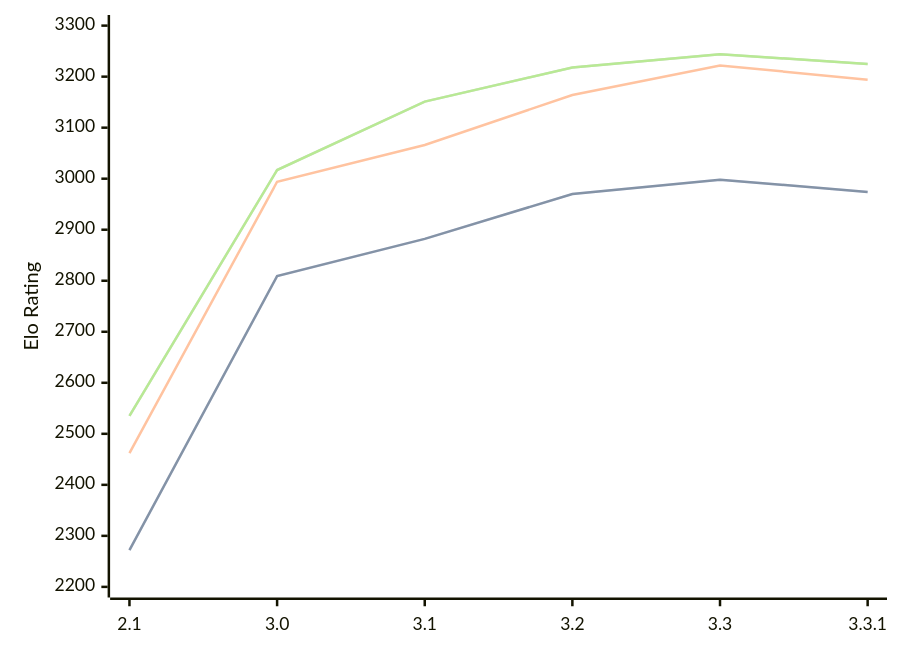
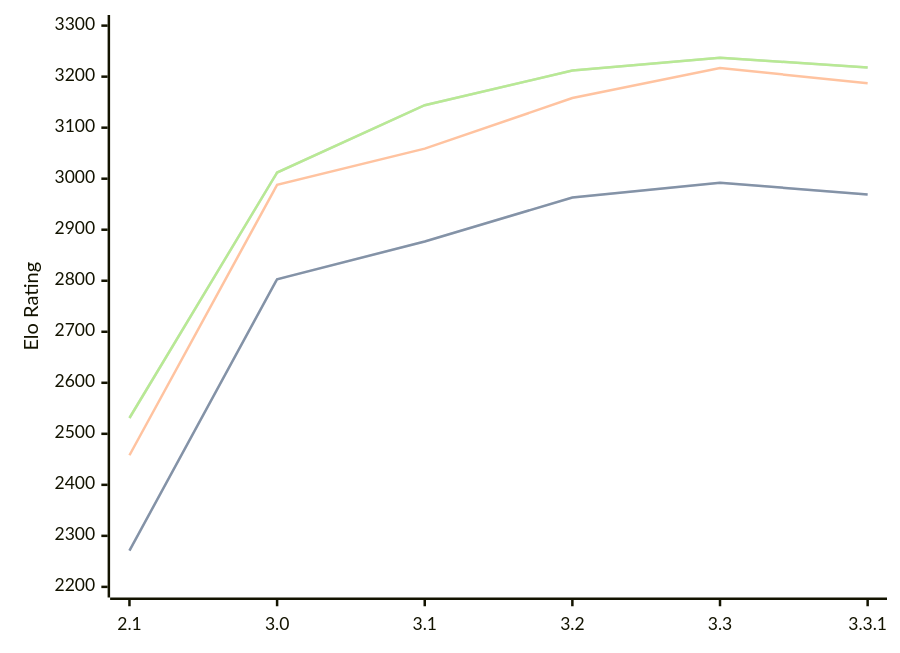
One commit to computer-chess-index/cci changed the diagram in engines/Petrel.md. Above: the diagram before and after it, drawn with Mermaid. The commit also changed other lines of this file, not shown here.

Commit message:
Update CCI Ratings (ELO VLTC) - 2026-05-18

````diff
--- a/engines/Petrel.md
+++ b/engines/Petrel.md
@@ -45,11 +45,11 @@
 ```mermaid
 %%{init: {"theme":"base","themeVariables":{"seriesColors:['#a3a3a3','#222221','#faa371']}}}%%
 xychart-beta
   x-axis ["2.1", "3.0", "3.1", "3.2", "3.3", "3.3.1"]
   y-axis "Elo Rating" 2200 --> 3300
-  line "STC (8.0+0.08s)" [2272, 2809, 2882, 2970, 2998, 2974]
-  line "STC (8.0+0.08s)" [2272, 2809, 2882, 2970, 2998, 2974]
-  line "LTC (60.0+0.60s)" [2462, 2994, 3066, 3164, 3222, 3194]
-  line "VLTC (2m24s+1.12s)" [2535, 3017, 3151, 3218, 3244, 3225]
-  line "VLTC (2m24s+1.12s)" [2535, 3017, 3151, 3218, 3244, 3225]
+  line "STC (8.0+0.08s)" [2271, 2803, 2877, 2963, 2992, 2969]
+  line "STC (8.0+0.08s)" [2271, 2803, 2877, 2963, 2992, 2969]
+  line "LTC (60.0+0.60s)" [2458, 2988, 3059, 3158, 3217, 3187]
+  line "VLTC (2m24s+1.12s)" [2531, 3012, 3144, 3212, 3237, 3218]
+  line "VLTC (2m24s+1.12s)" [2531, 3012, 3144, 3212, 3237, 3218]
 ```
````
